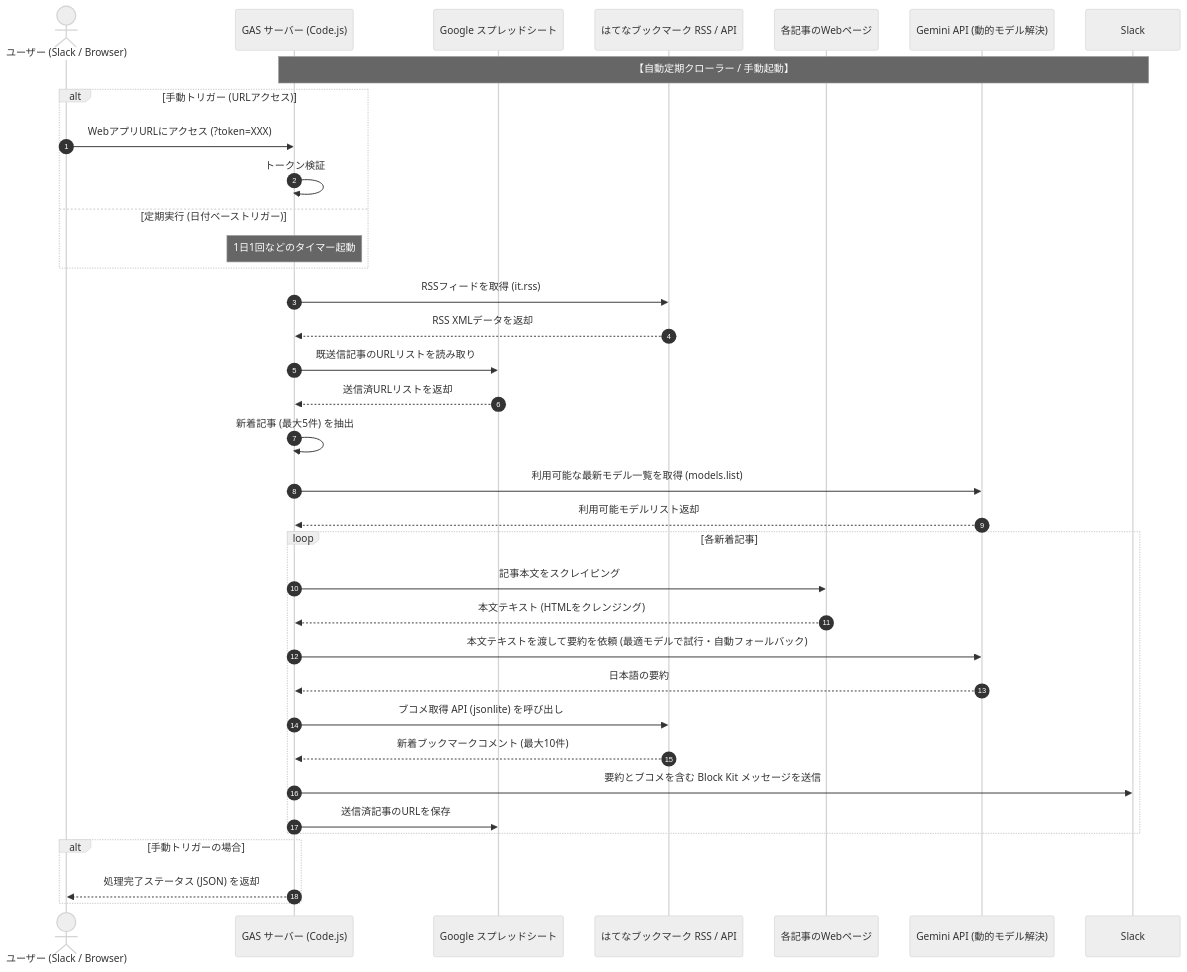
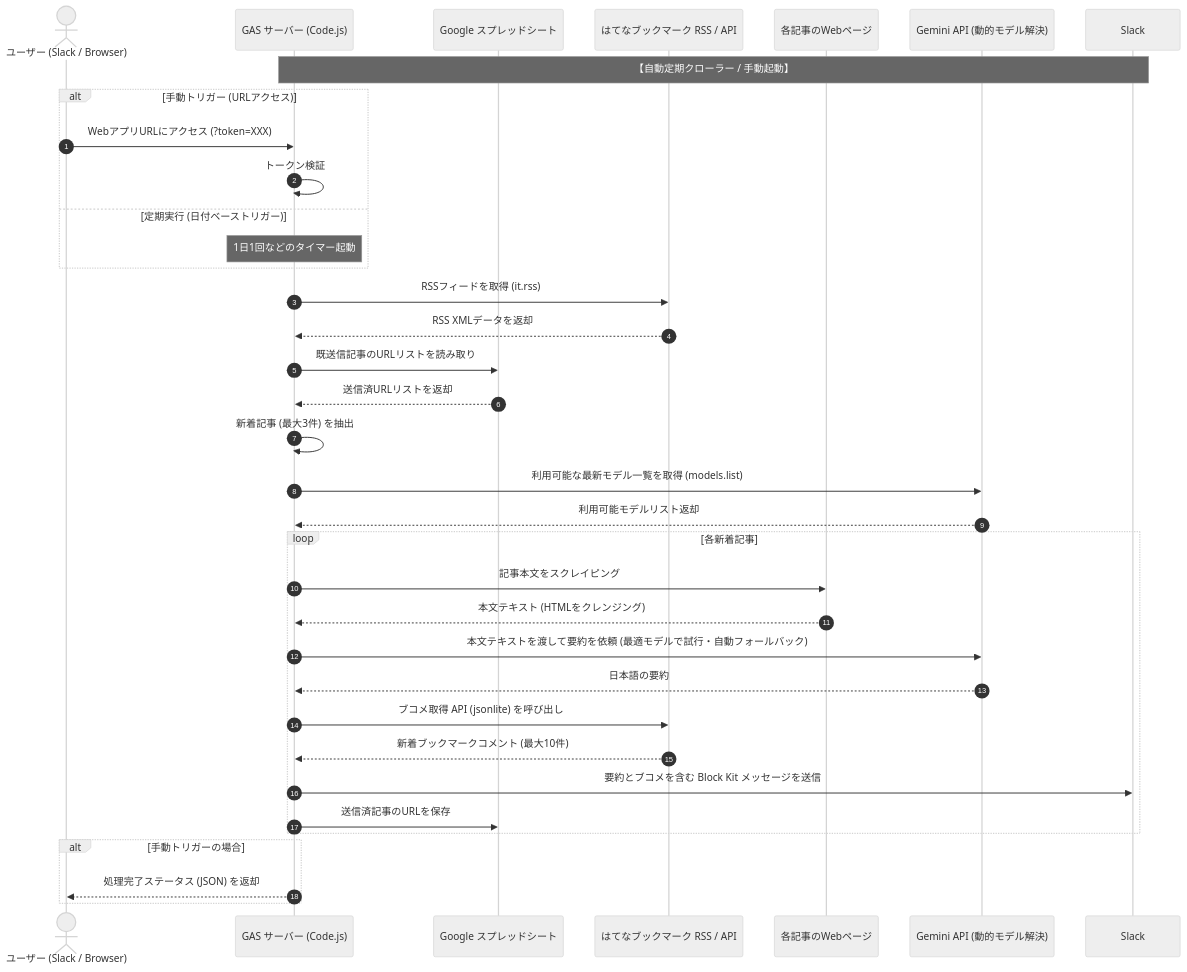
The diagram in README.md (lightyield/ai-hatebu-digest), drawn with Mermaid (neutral theme) before and after one commit. The commit also changed other lines of this file and 2 other files, not shown here.

````diff
--- a/README.md
+++ b/README.md
@@ -9,42 +9,42 @@
 ```mermaid
 sequenceDiagram
     autonumber
     actor User as ユーザー (Slack / Browser)
     participant GAS as GAS サーバー (Code.js)
     participant Sheet as Google スプレッドシート
     participant Hatebu as はてなブックマーク RSS / API
     participant WebPage as 各記事のWebページ
     participant Gemini as Gemini API (動的モデル解決)
     participant Slack as Slack
 
     Note over GAS, Slack: 【自動定期クローラー / 手動起動】
     alt 手動トリガー (URLアクセス)
         User->>GAS: WebアプリURLにアクセス (?token=XXX)
         GAS->>GAS: トークン検証
     else 定期実行 (日付ベーストリガー)
         Note over GAS: 1日1回などのタイマー起動
     end
 
     GAS->>Hatebu: RSSフィードを取得 (it.rss)
     Hatebu-->>GAS: RSS XMLデータを返却
     GAS->>Sheet: 既送信記事のURLリストを読み取り
     Sheet-->>GAS: 送信済URLリストを返却
-    GAS->>GAS: 新着記事 (最大5件) を抽出
+    GAS->>GAS: 新着記事 (最大3件) を抽出
     GAS->>Gemini: 利用可能な最新モデル一覧を取得 (models.list)
     Gemini-->>GAS: 利用可能モデルリスト返却
     
     loop 各新着記事
         GAS->>WebPage: 記事本文をスクレイピング
         WebPage-->>GAS: 本文テキスト (HTMLをクレンジング)
         GAS->>Gemini: 本文テキストを渡して要約を依頼 (最適モデルで試行・自動フォールバック)
         Gemini-->>GAS: 日本語の要約
         GAS->>Hatebu: ブコメ取得 API (jsonlite) を呼び出し
         Hatebu-->>GAS: 新着ブックマークコメント (最大10件)
         GAS->>Slack: 要約とブコメを含む Block Kit メッセージを送信
         GAS->>Sheet: 送信済記事のURLを保存
     end
 
     alt 手動トリガーの場合
         GAS-->>User: 処理完了ステータス (JSON) を返却
     end
 ```
````
